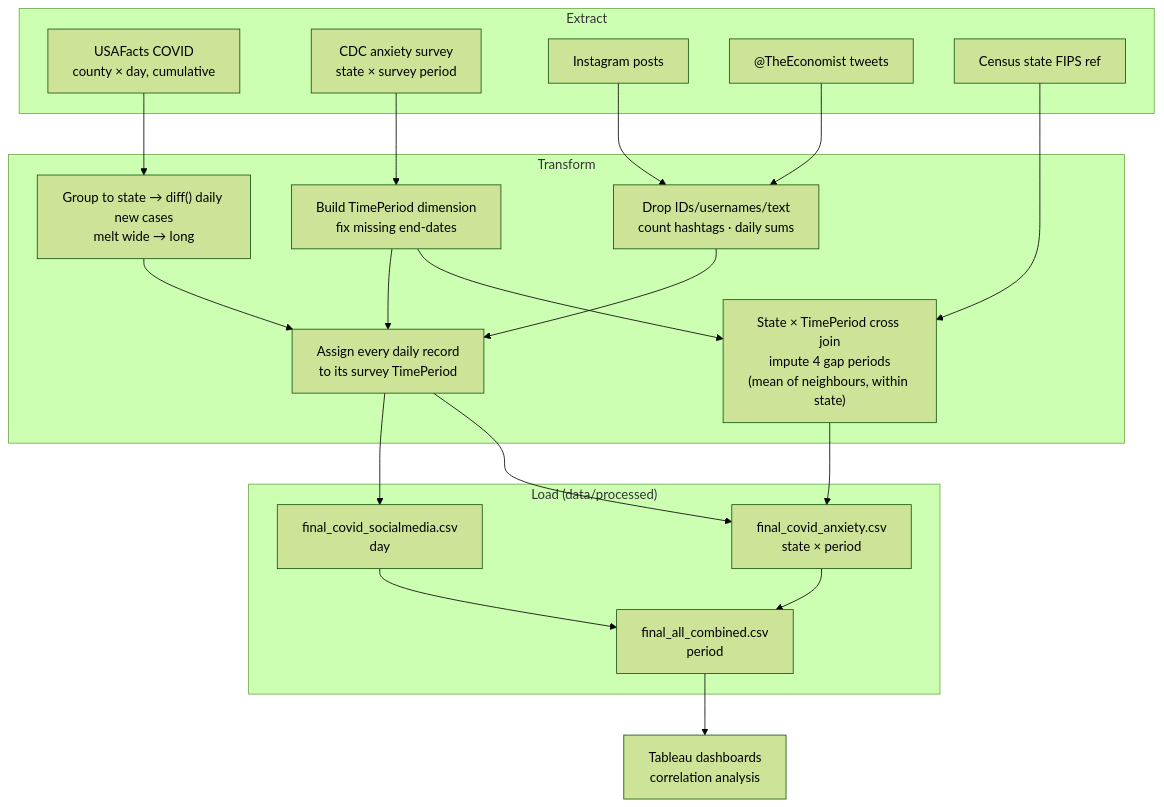
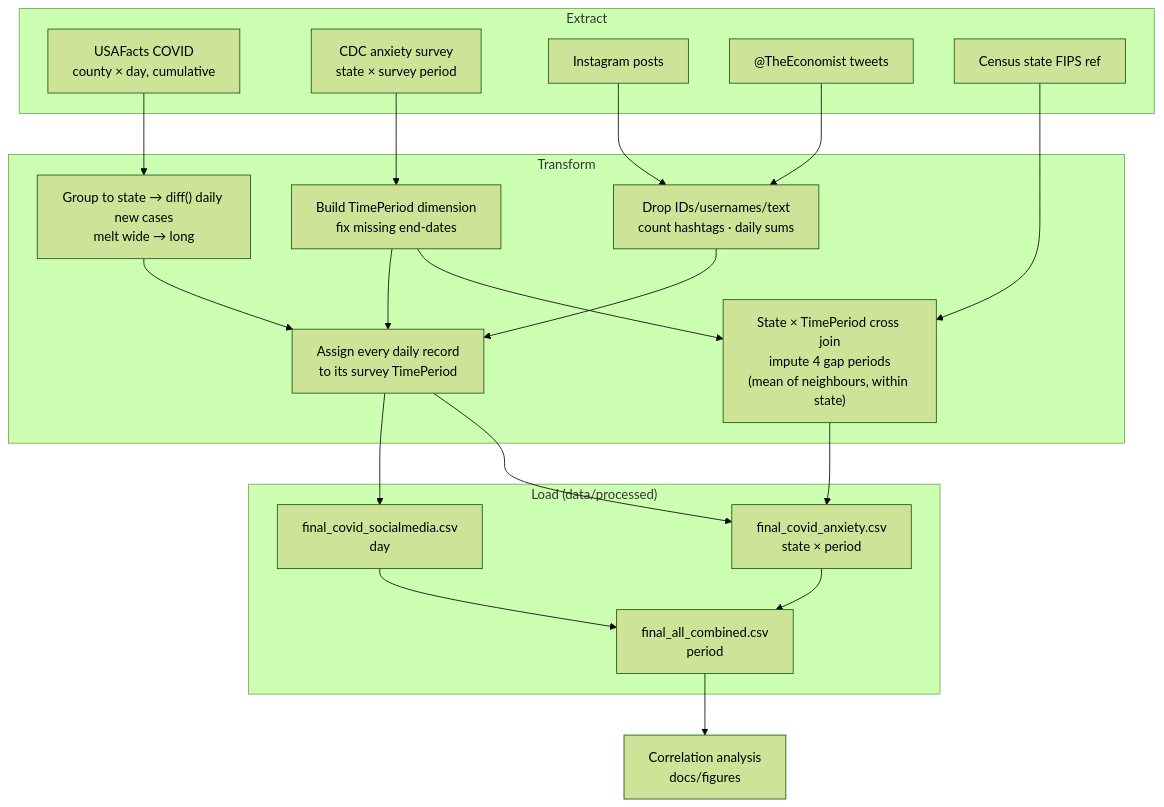
The diagram in README.md (casildata/covid-social-media-etl-pipeline), drawn with Mermaid (forest theme) before and after one commit. The commit also changed other lines of this file and 6 other files, not shown here.

````diff
--- a/README.md
+++ b/README.md
@@ -38,35 +37,35 @@
 ```mermaid
 flowchart TB
     subgraph Extract
         S1[USAFacts COVID<br/>county × day, cumulative]
         S2[CDC anxiety survey<br/>state × survey period]
         S3[Instagram posts]
         S4["@TheEconomist tweets"]
         S5[Census state FIPS ref]
     end
 
     subgraph Transform
         T1["Group to state → diff() daily new cases<br/>melt wide → long"]
         T2["Build TimePeriod dimension<br/>fix missing end-dates"]
         T3["State × TimePeriod cross join<br/>impute 4 gap periods<br/>(mean of neighbours, within state)"]
         T4["Drop IDs/usernames/text<br/>count hashtags · daily sums"]
         T5["Assign every daily record<br/>to its survey TimePeriod"]
     end
 
     subgraph Load["Load (data/processed)"]
         L1[final_covid_anxiety.csv<br/>state × period]
         L2[final_covid_socialmedia.csv<br/>day]
         L3[final_all_combined.csv<br/>period]
     end
 
     S1 --> T1 --> T5
     S2 --> T2 --> T3
     S5 --> T3
     S3 --> T4
     S4 --> T4 --> T5
     T2 --> T5
     T3 --> L1
     T5 --> L1 & L2
     L1 & L2 --> L3
-    L3 --> V[Tableau dashboards<br/>correlation analysis]
+    L3 --> V[Correlation analysis<br/>docs/figures]
 ```
````
